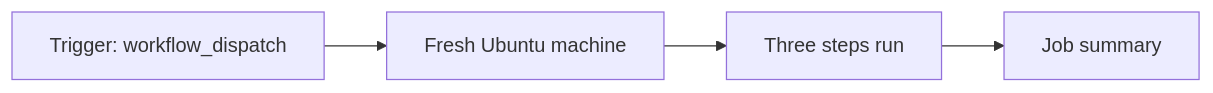
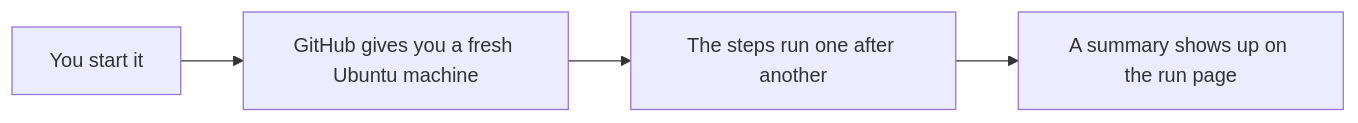
One commit to amyabelsql/DayOfData_Portland_2026 changed the diagram in 01_FirstWorkflow/README.md. Above: the diagram before and after it, drawn with Mermaid. The commit also changed other lines of this file and 35 other files, not shown here.

````diff
--- a/01_FirstWorkflow/README.md
+++ b/01_FirstWorkflow/README.md
@@ -18,4 +26,4 @@
 ```mermaid
 flowchart LR
-    T[Trigger: workflow_dispatch] --> M[Fresh Ubuntu machine] --> S[Three steps run] --> R[Job summary]
+    T[You start it] --> M[GitHub gives you a fresh Ubuntu machine] --> S[The steps run one after another] --> R[A summary shows up on the run page]
 ```
````
